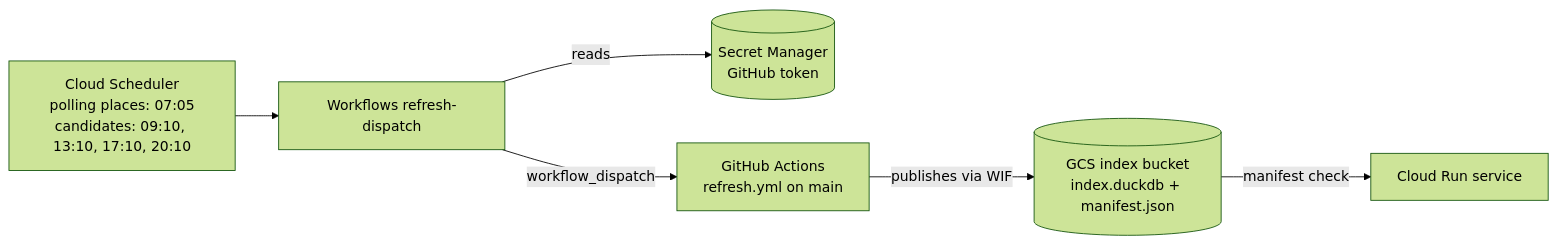
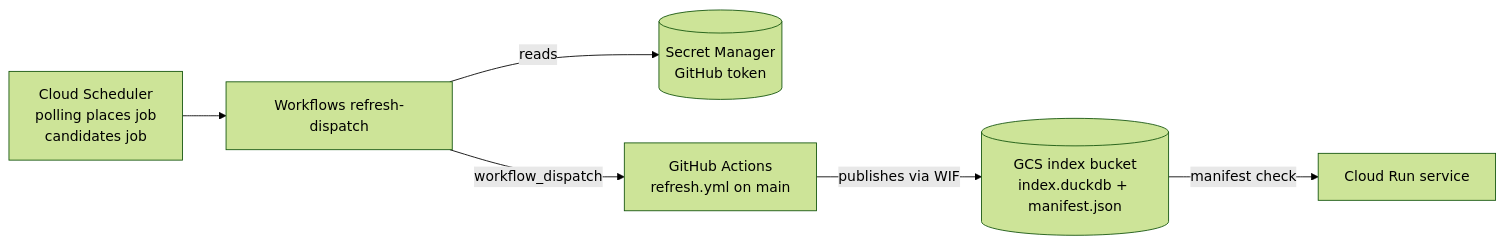
The diagram in ops/README.md (felipecorreia/o-meu-voto), drawn with Mermaid (forest theme) before and after one commit. The commit also changed other lines of this file and 5 other files, not shown here.

````diff
--- a/ops/README.md
+++ b/ops/README.md
@@ -203,14 +203,14 @@
 ```mermaid
 flowchart LR
-  S["Cloud Scheduler<br/>polling places: 07:05<br/>candidates: 09:10, 13:10, 17:10, 20:10"]
+  S["Cloud Scheduler<br/>polling places job<br/>candidates job"]
   W["Workflows refresh-dispatch"]
   SM[("Secret Manager<br/>GitHub token")]
   GH["GitHub Actions<br/>refresh.yml on main"]
   GCS[("GCS index bucket<br/>index.duckdb + manifest.json")]
   CR["Cloud Run service"]
   S --> W
   W -->|reads| SM
   W -->|workflow_dispatch| GH
   GH -->|publishes via WIF| GCS
   GCS -->|manifest check| CR
 ```
````
